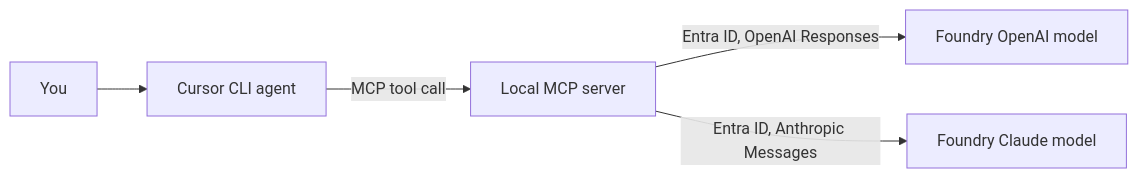
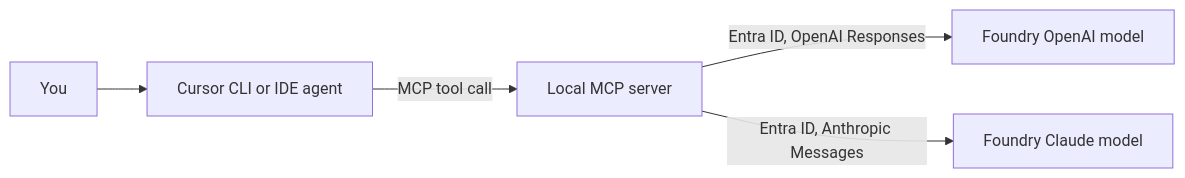
Before and after one commit to webmaxru/cursor-microsoft-foundry: the diagram in README.md, drawn with Mermaid. The commit also changed other lines of this file and 29 other files, not shown here.

First line of the commit message:
Add Cursor IDE surface; split site into CLI, IDE and Cloud

````diff
--- a/README.md
+++ b/README.md
@@ -52,7 +68,7 @@
 ```mermaid
 flowchart LR
-    U[You] --> C[Cursor CLI agent]
+    U[You] --> C[Cursor CLI or IDE agent]
     C -->|MCP tool call| M[Local MCP server]
     M -->|Entra ID, OpenAI Responses| O[Foundry OpenAI model]
     M -->|Entra ID, Anthropic Messages| A[Foundry Claude model]
 ```
````
